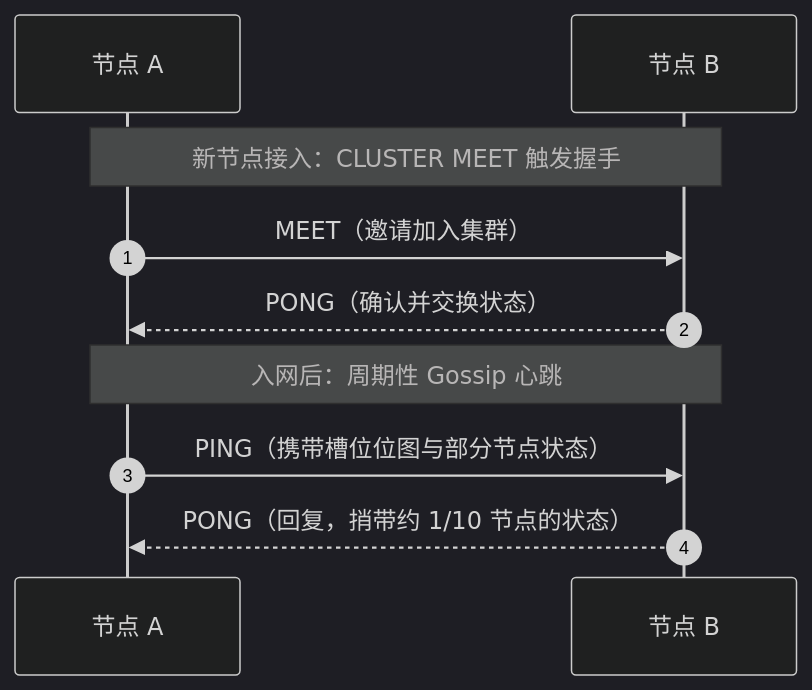
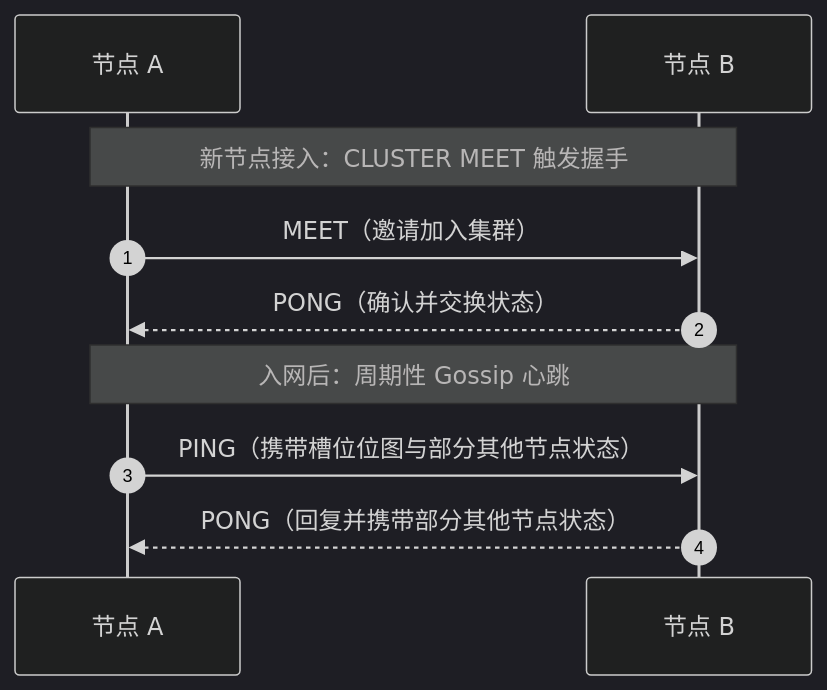
The first of 3 diagrams in document/Redis/Redis 集群架构详解.md (watslab/interview_doc), drawn with Mermaid (dark theme) before and after one commit. The commit also changed other lines of this file and 3 other files, not shown here.

Commit message:
更新技术文档 - Redis/Redis 集群架构详解.md    - 修正主从复制机制的递归表述与哈希槽例子的两级映射逻辑    - 统一 Gossip 心跳相关术语为槽位位图与部分其他节点的状态    - 可用性与一致性表述重构为分维度结构化叙述，补全脑裂写入丢失的因果链    - 同步优化哈希槽分片、集群架构演进、主从复制原理三处 SVG 图示

````diff
--- a/document/Redis/Redis 集群架构详解.md
+++ b/document/Redis/Redis 集群架构详解.md
@@ -204,12 +204,12 @@
 ```mermaid
 sequenceDiagram
     autonumber
     participant A as 节点 A
     participant B as 节点 B
     Note over A,B: 新节点接入：CLUSTER MEET 触发握手
     A->>B: MEET（邀请加入集群）
     B-->>A: PONG（确认并交换状态）
     Note over A,B: 入网后：周期性 Gossip 心跳
-    A->>B: PING（携带槽位位图与部分节点状态）
-    B-->>A: PONG（回复，捎带约 1/10 节点的状态）
+    A->>B: PING（携带槽位位图与部分其他节点状态）
+    B-->>A: PONG（回复并携带部分其他节点状态）
 ```
````
